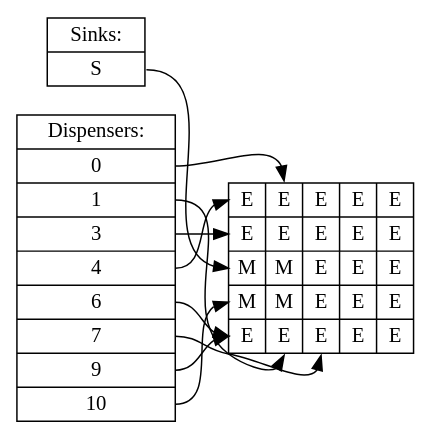
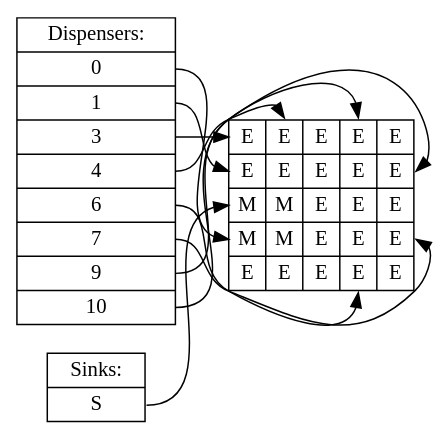
Before and after one commit to jiegec/OnePassSynthesisDMFB: the diagram in solutions/PCR/time12.dot, drawn with Graphviz. The commit also changed 31 other files, not shown here.

```diff
--- a/solutions/PCR/time12.dot
+++ b/solutions/PCR/time12.dot
@@ -1,14 +1,14 @@
 digraph step {rankdir=LR;node [shape=record,fontname="Inconsolata"];
-dispenser [label="Dispensers:|<d1>0|<d13>1|<d18>3|<d0>4|<d14>6|<d12>7|<d15>9|<d16>10"];
+dispenser [label="Dispensers:|<d16>0|<d18>1|<d0>3|<d1>4|<d11>6|<d8>7|<d6>9|<d3>10"];
 sink [label="Sinks:|<s17>S"];
 board [label="{<f00>E|<f01>E|<f02>E|<f03>E|<f04>E}|{<f10>E|<f11>E|<f12>E|<f13>E|<f14>E}|{<f20>M|<f21>M|<f22>E|<f23>E|<f24>E}|{<f30>M|<f31>M|<f32>E|<f33>E|<f34>E}|{<f40>E|<f41>E|<f42>E|<f43>E|<f44>E}"];
-dispenser:d1 -> board:f01
-dispenser:d13 -> board:f41
+dispenser:d16 -> board:f30
 dispenser:d18 -> board:f10
 dispenser:d0 -> board:f00
-dispenser:d14 -> board:f40
-dispenser:d12 -> board:f42
-dispenser:d15 -> board:f40
-dispenser:d16 -> board:f30
+dispenser:d1 -> board:f01
+dispenser:d11 -> board:f43
+dispenser:d8 -> board:f34
+dispenser:d6 -> board:f14
+dispenser:d3 -> board:f03
 sink:s17 -> board:f20
 }
```
